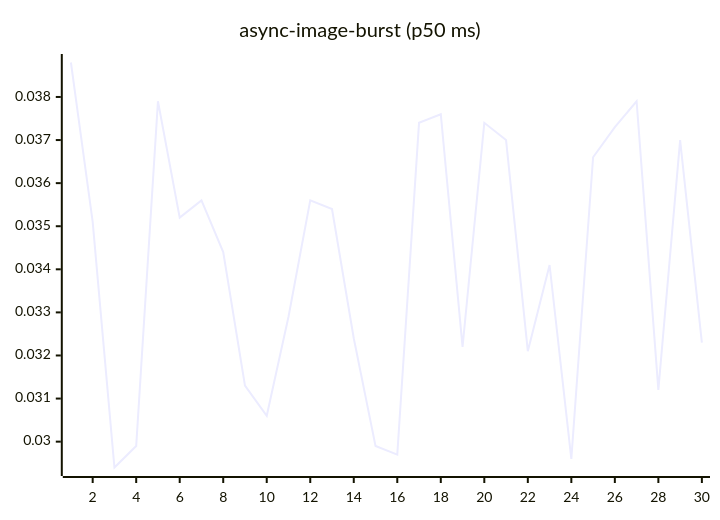
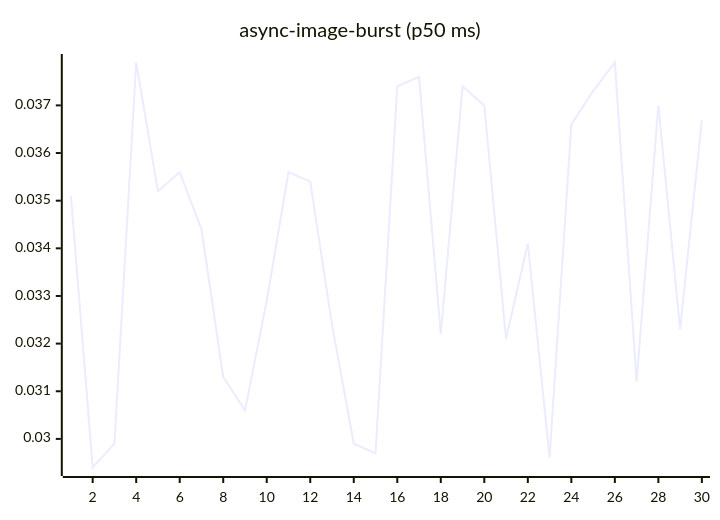
The fourth of 27 diagrams in README.md (josha/Facet), drawn with Mermaid before and after one commit. The commit also changed other lines of this file and 2 other files, not shown here.

````diff
--- a/README.md
+++ b/README.md
@@ -84,6 +84,6 @@
 ```mermaid
 xychart-beta
     title "async-image-burst (p50 ms)"
     x-axis 1 --> 30
-    line [0.0388, 0.0351, 0.0294, 0.0299, 0.0379, 0.0352, 0.0356, 0.0344, 0.0313, 0.0306, 0.0329, 0.0356, 0.0354, 0.0324, 0.0299, 0.0297, 0.0374, 0.0376, 0.0322, 0.0374, 0.0370, 0.0321, 0.0341, 0.0296, 0.0366, 0.0373, 0.0379, 0.0312, 0.0370, 0.0323]
+    line [0.0351, 0.0294, 0.0299, 0.0379, 0.0352, 0.0356, 0.0344, 0.0313, 0.0306, 0.0329, 0.0356, 0.0354, 0.0324, 0.0299, 0.0297, 0.0374, 0.0376, 0.0322, 0.0374, 0.0370, 0.0321, 0.0341, 0.0296, 0.0366, 0.0373, 0.0379, 0.0312, 0.0370, 0.0323, 0.0367]
 ```
````
